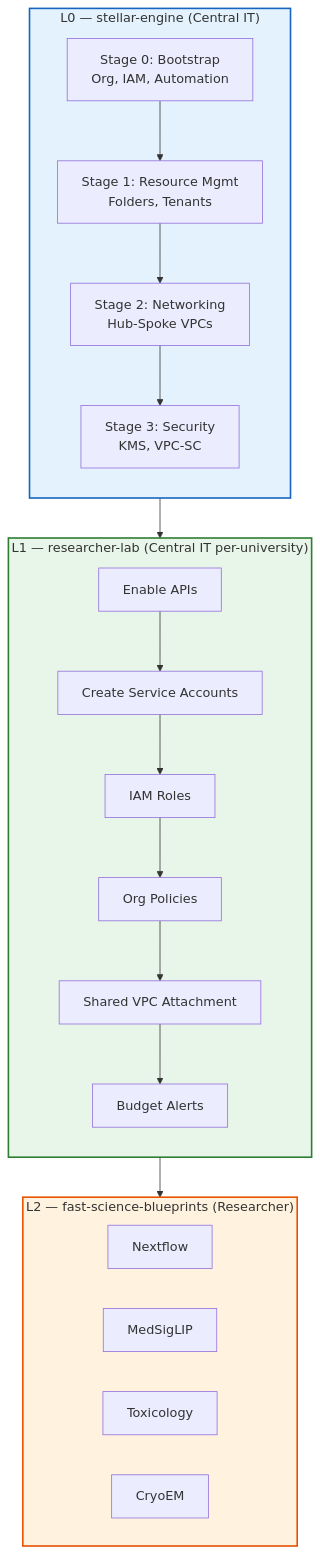
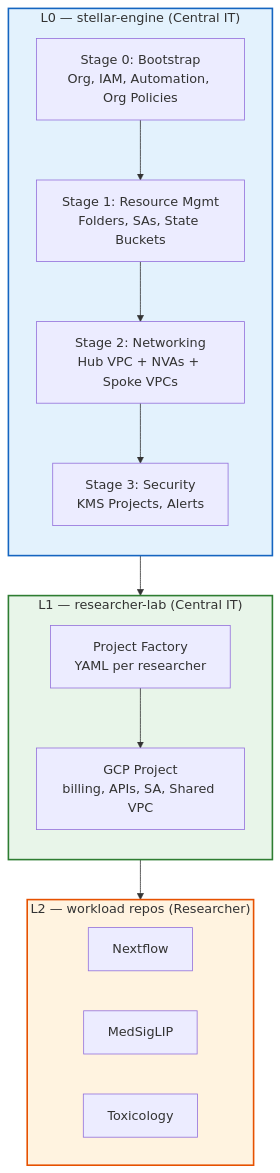
The first of 4 diagrams in README.md (WandLZhang/fast-science-0-stellar-engine), drawn with Mermaid before and after one commit. The commit also changed other lines of this file, not shown here.

First line of the commit message:
Update architecture diagrams to reflect deployed state

````diff
--- a/README.md
+++ b/README.md
@@ -11,37 +11,31 @@
 ```mermaid
 graph TB
     subgraph L0["L0 — stellar-engine (Central IT)"]
         direction TB
-        S0["Stage 0: Bootstrap<br/>Org, IAM, Automation"]
-        S1["Stage 1: Resource Mgmt<br/>Folders, Tenants"]
-        S2["Stage 2: Networking<br/>Hub-Spoke VPCs"]
-        S3["Stage 3: Security<br/>KMS, VPC-SC"]
+        S0["Stage 0: Bootstrap<br/>Org, IAM, Automation, Org Policies"]
+        S1["Stage 1: Resource Mgmt<br/>Folders, SAs, State Buckets"]
+        S2["Stage 2: Networking<br/>Hub VPC + NVAs + Spoke VPCs"]
+        S3["Stage 3: Security<br/>KMS Projects, Alerts"]
         S0 --> S1 --> S2 --> S3
     end
 
-    subgraph L1["L1 — researcher-lab (Central IT per-university)"]
+    subgraph L1["L1 — researcher-lab (Central IT)"]
         direction TB
-        IT1["Enable APIs"]
-        IT2["Create Service Accounts"]
-        IT3["IAM Roles"]
-        IT4["Org Policies"]
-        IT5["Shared VPC Attachment"]
-        IT6["Budget Alerts"]
-        IT1 --> IT2 --> IT3 --> IT4 --> IT5 --> IT6
+        PF["Project Factory<br/>YAML per researcher"]
+        PF --> PROJ["GCP Project<br/>billing, APIs, SA, Shared VPC"]
     end
 
-    subgraph L2["L2 — fast-science-blueprints (Researcher)"]
+    subgraph L2["L2 — workload repos (Researcher)"]
         direction LR
         BP1["Nextflow"]
         BP2["MedSigLIP"]
         BP3["Toxicology"]
-        BP4["CryoEM"]
     end
 
     S3 --> L1
-    IT6 --> L2
+    PROJ --> L2
 
     style L0 fill:#e3f2fd,stroke:#1565c0,stroke-width:2px
     style L1 fill:#e8f5e9,stroke:#2e7d32,stroke-width:2px
     style L2 fill:#fff3e0,stroke:#e65100,stroke-width:2px
 ```
````
